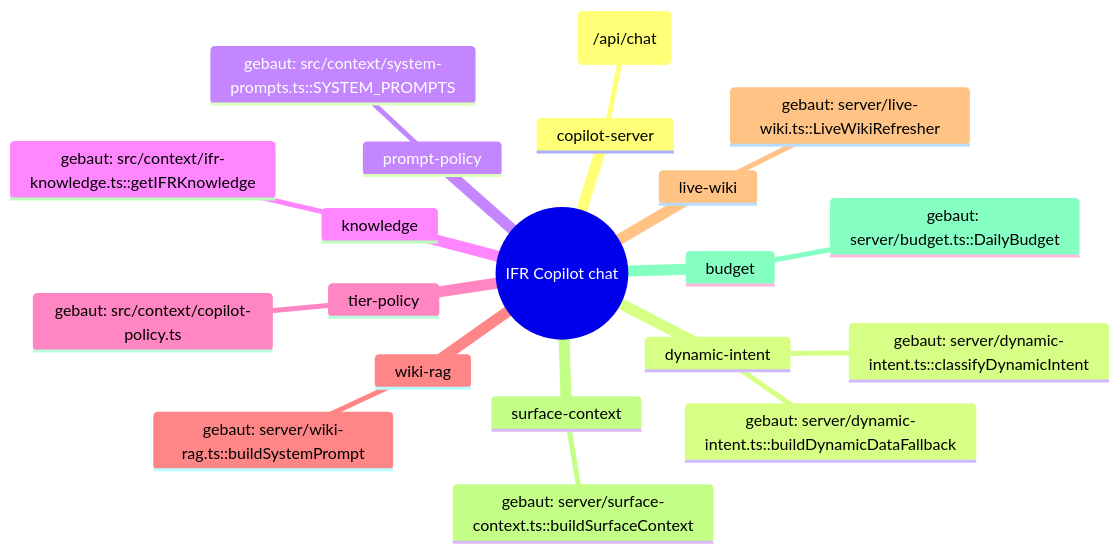
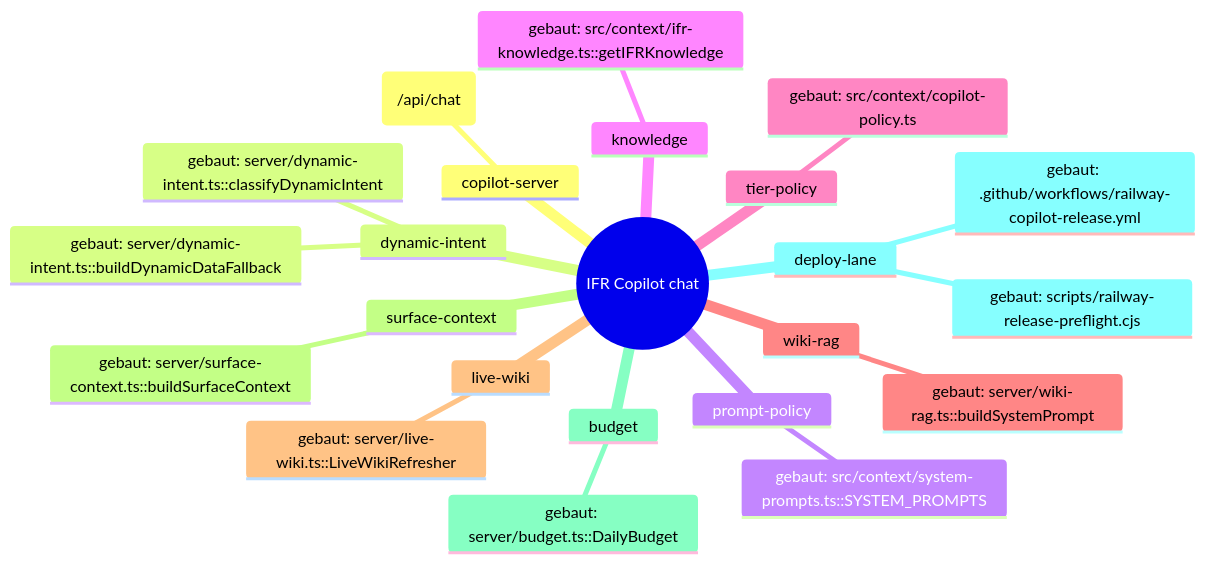
Before and after one commit to NeaBouli/inferno: the second of 2 diagrams in docs/architecture/MAP.md, drawn with Mermaid. The commit also changed other lines of this file and 10 other files, not shown here.

First line of the commit message:
feat: add manual exact-SHA Railway release gate for ai-copilot

````diff
--- a/docs/architecture/MAP.md
+++ b/docs/architecture/MAP.md
@@ -478,23 +484,26 @@
 ```mermaid
 mindmap
   root((IFR Copilot chat))
     copilot-server
       gebaut: server/index.ts::app.post("/api/chat")
     dynamic-intent
       gebaut: server/dynamic-intent.ts::classifyDynamicIntent
       gebaut: server/dynamic-intent.ts::buildDynamicDataFallback
     prompt-policy
       gebaut: src/context/system-prompts.ts::SYSTEM_PROMPTS
     knowledge
       gebaut: src/context/ifr-knowledge.ts::getIFRKnowledge
     tier-policy
       gebaut: src/context/copilot-policy.ts
     wiki-rag
       gebaut: server/wiki-rag.ts::buildSystemPrompt
     live-wiki
       gebaut: server/live-wiki.ts::LiveWikiRefresher
     surface-context
       gebaut: server/surface-context.ts::buildSurfaceContext
     budget
       gebaut: server/budget.ts::DailyBudget
+    deploy-lane
+      gebaut: .github/workflows/railway-copilot-release.yml
+      gebaut: scripts/railway-release-preflight.cjs
 ```
````
